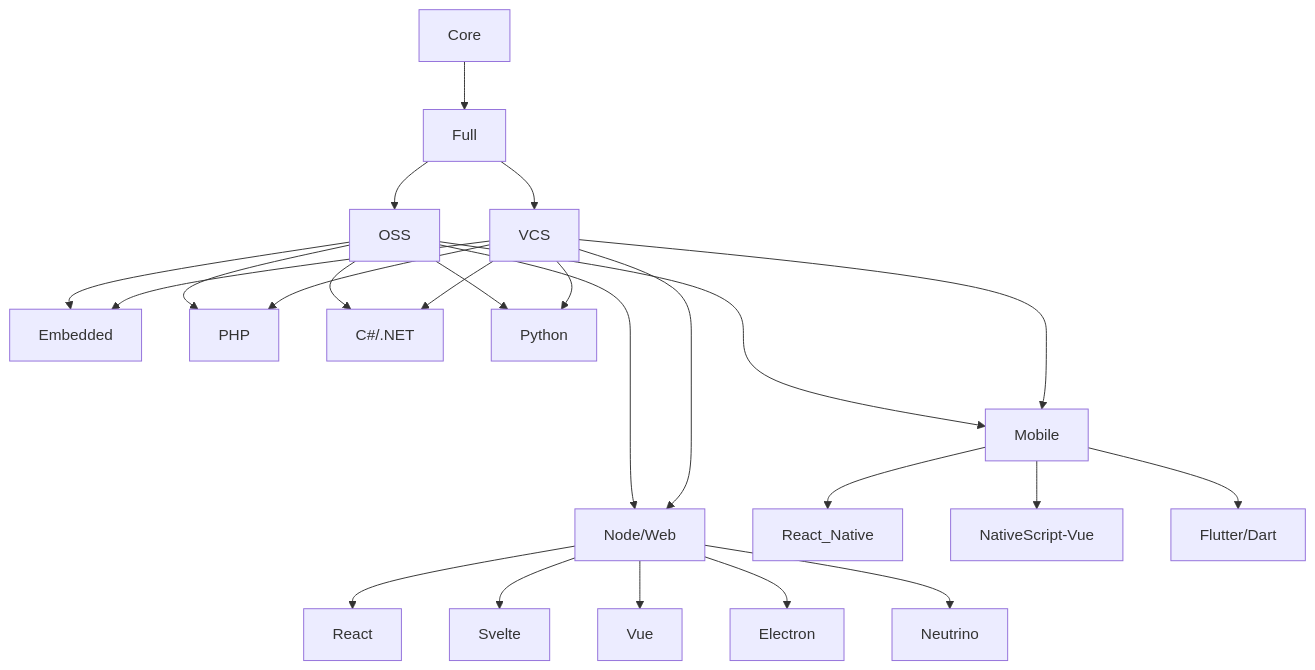
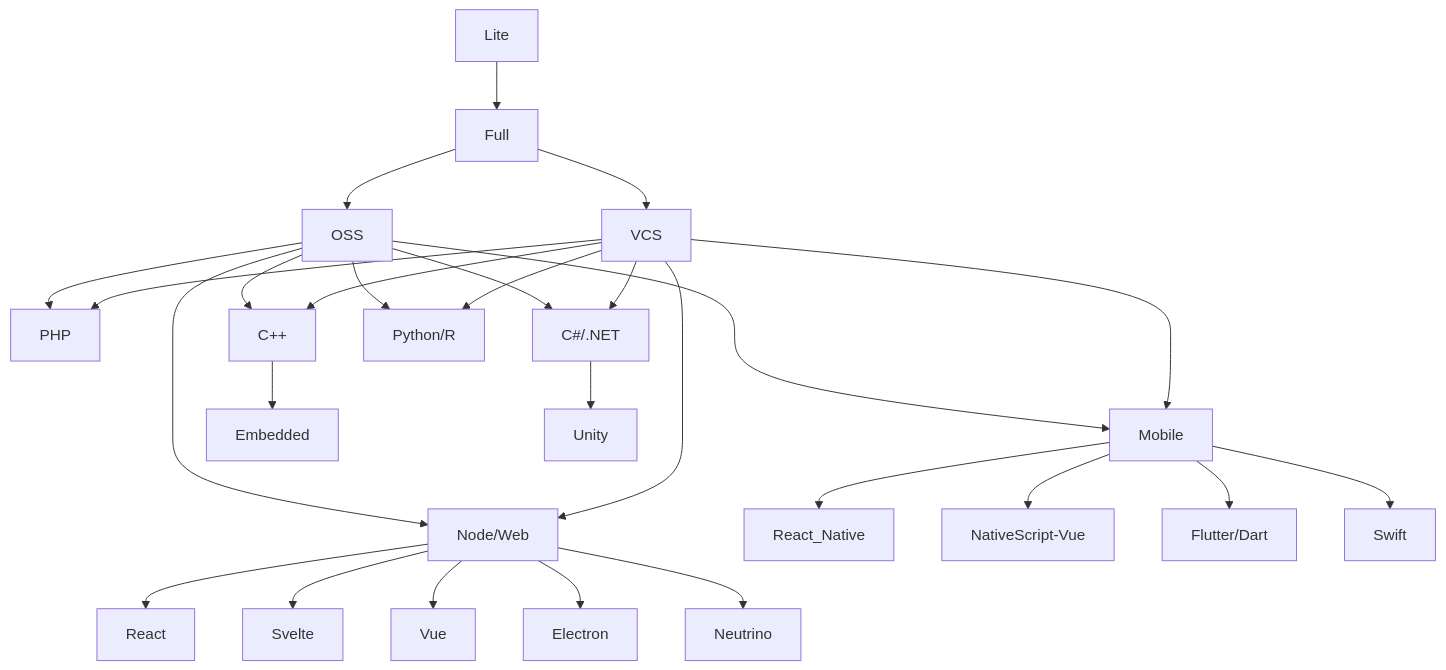
The diagram in config/editor/README.md (BinaryBen/dotfiles), drawn with Mermaid before and after one commit.

Commit message:
📝 Updated diagram

````diff
--- a/config/editor/README.md
+++ b/config/editor/README.md
@@ -31,26 +31,29 @@
 ```mermaid
 graph TD
-  Core-->Full
+  Lite-->Full
   Full-->OSS
   Full-->VCS
-  OSS-->Embedded
   OSS--->Mobile
   OSS-->PHP
   OSS-->C#/.NET
-  OSS-->Python
+  OSS-->C++
+  OSS-->Python/R
   OSS---->Node/Web
-  VCS-->Embedded
   VCS--->Mobile
   VCS-->PHP
   VCS-->C#/.NET
-  VCS-->Python
+  VCS-->C++
+  VCS-->Python/R
   VCS--->Node/Web
+  C++-->Embedded
+  C#/.NET-->Unity
   Node/Web-->React
   Node/Web-->Svelte
   Node/Web-->Vue
   Node/Web-->Electron
   Node/Web-->Neutrino
   Mobile-->React_Native
   Mobile-->NativeScript-Vue
   Mobile-->Flutter/Dart
+  Mobile-->Swift
 ```
````
